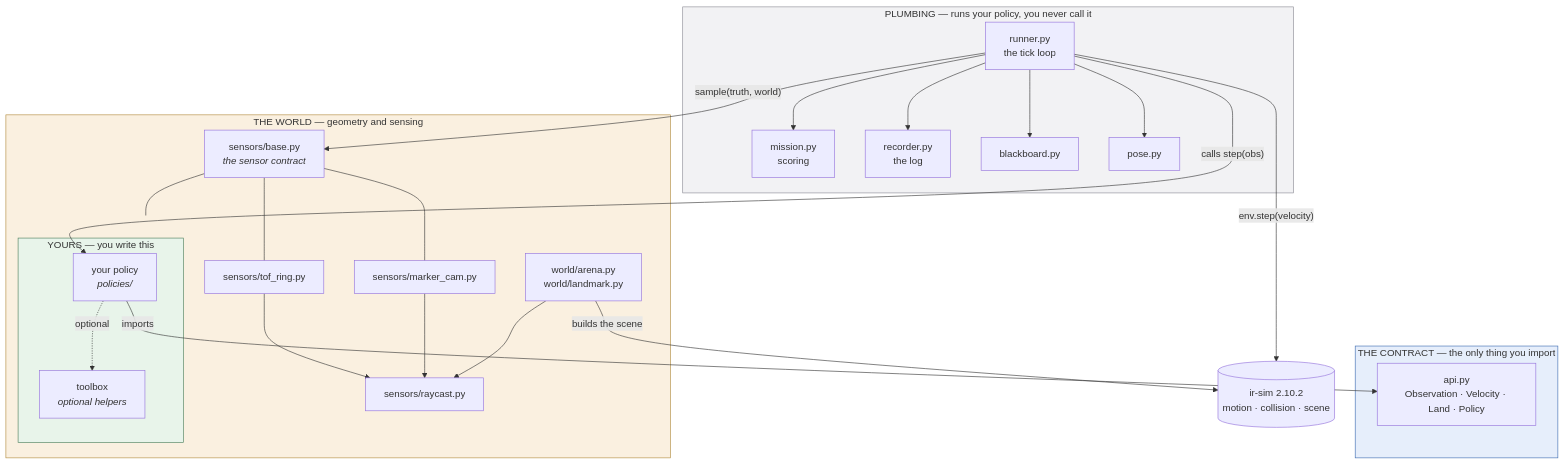
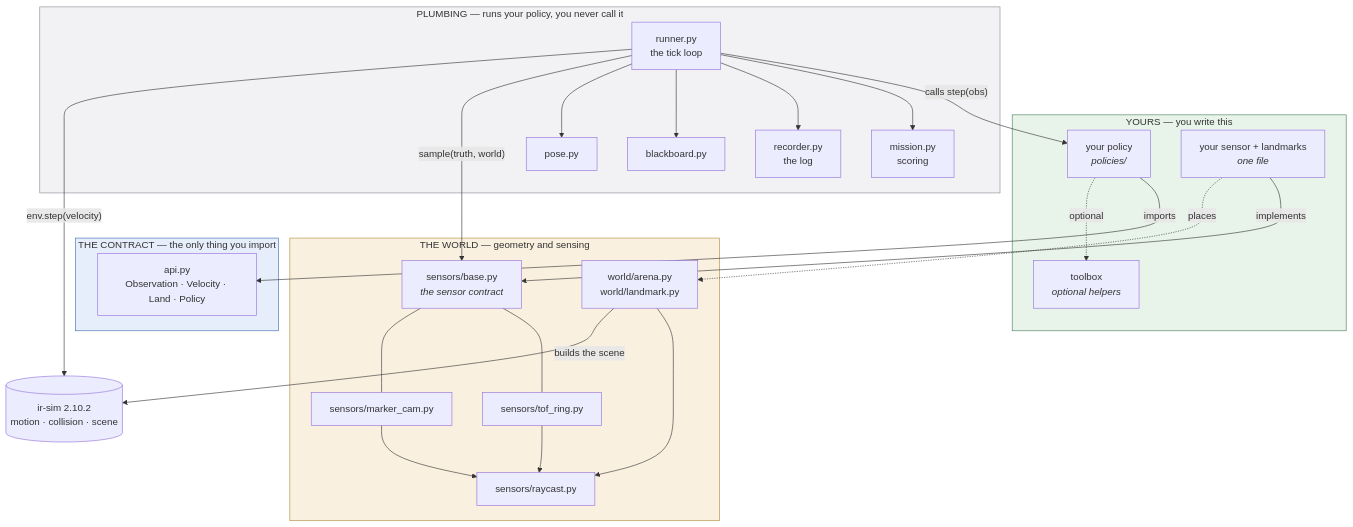
One commit to nus-safmc/safmc-ir-sim changed the first of 4 diagrams in ARCHITECTURE.md. Above: the diagram before and after it, drawn with Mermaid. The commit also changed other lines of this file and 7 other files, not shown here.

````diff
--- a/ARCHITECTURE.md
+++ b/ARCHITECTURE.md
@@ -13,46 +13,48 @@
 ```mermaid
 flowchart TB
     subgraph YOURS["YOURS — you write this"]
         POL["your policy<br/><i>policies/</i>"]
         TB["toolbox<br/><i>optional helpers</i>"]
+        SEN["your sensor + landmarks<br/><i>one file</i>"]
     end
 
     subgraph CONTRACT["THE CONTRACT — the only thing you import"]
         API["api.py<br/>Observation · Velocity · Land · Policy"]
     end
 
     subgraph PLUMBING["PLUMBING — runs your policy, you never call it"]
         RUN["runner.py<br/>the tick loop"]
         MIS["mission.py<br/>scoring"]
         REC["recorder.py<br/>the log"]
         BB["blackboard.py"]
         PS["pose.py"]
     end
 
     subgraph WORLD["THE WORLD — geometry and sensing"]
         ARENA["world/arena.py<br/>world/landmark.py"]
         BASE["sensors/base.py<br/><i>the sensor contract</i>"]
         RING["sensors/tof_ring.py"]
         CAM["sensors/marker_cam.py"]
-        YOURS["your sensor<br/><i>one file</i>"]
         RAY["sensors/raycast.py"]
     end
 
     IRSIM[("ir-sim 2.10.2<br/>motion · collision · scene")]
 
     POL -->|"imports"| API
     POL -.->|"optional"| TB
     RUN -->|"calls step(obs)"| POL
     RUN --> MIS & REC & BB & PS
     RUN -->|"sample(truth, world)"| BASE
-    BASE --- RING & CAM & YOURS
+    BASE --- RING & CAM
+    SEN -->|"implements"| BASE
+    SEN -.->|"places"| ARENA
     RUN -->|"env.step(velocity)"| IRSIM
     RING & CAM --> RAY
     ARENA --> RAY
     ARENA -->|"builds the scene"| IRSIM
 
     style YOURS fill:#e8f4ea,stroke:#4a7c59
     style CONTRACT fill:#e6eefb,stroke:#3c6bb0
     style PLUMBING fill:#f2f2f4,stroke:#8a8a94
     style WORLD fill:#faf0e0,stroke:#b08a3c
 ```
````
